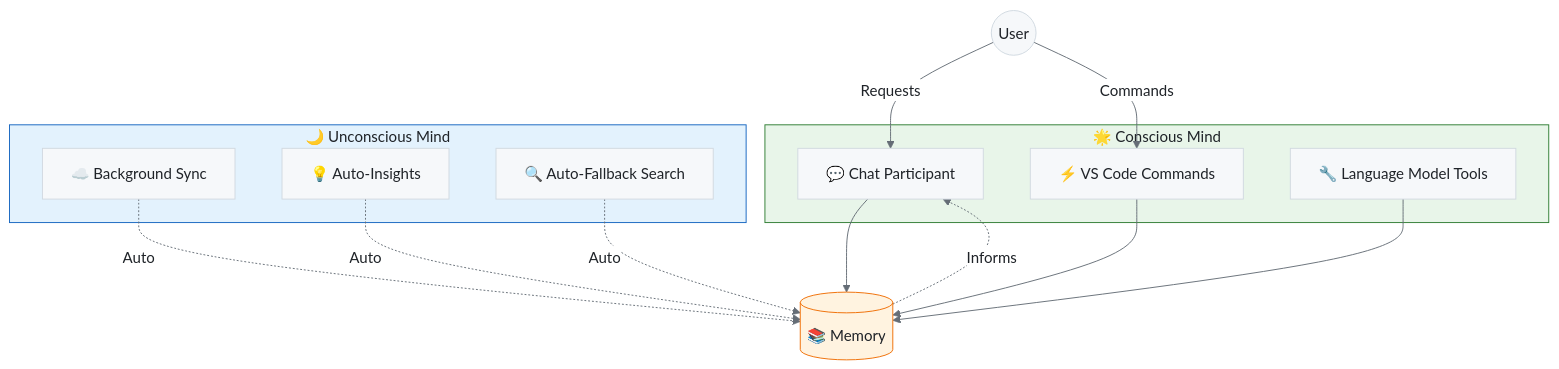
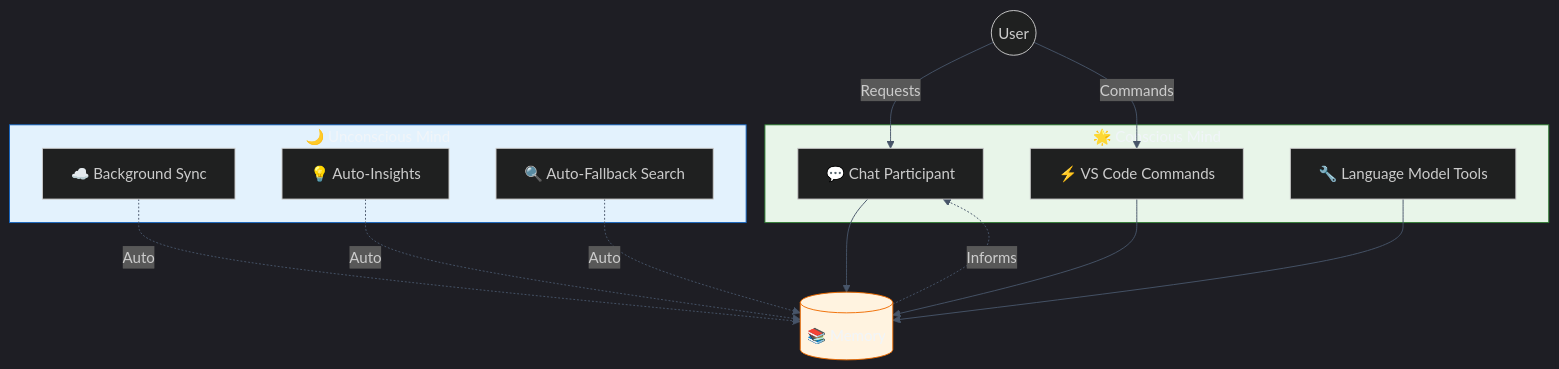
One commit to fabioc-aloha/Alex_Plug_In changed the first of 7 diagrams in alex_docs/architecture/COGNITIVE-ARCHITECTURE.md. Above: the diagram before and after it, drawn with Mermaid. The commit also changed other lines of this file and 13 other files, not shown here.

Commit message:
brand(M4.8-4.10): mermaid theme snippet + inject CorreaX theme into arch diagrams + standardize badge colors

````diff
--- a/alex_docs/architecture/COGNITIVE-ARCHITECTURE.md
+++ b/alex_docs/architecture/COGNITIVE-ARCHITECTURE.md
@@ -17,36 +17,36 @@
 ```mermaid
-%%{init: {'theme': 'base', 'themeVariables': { 'primaryColor': '#f6f8fa', 'primaryTextColor': '#1f2328', 'primaryBorderColor': '#d1d9e0', 'lineColor': '#656d76', 'secondaryColor': '#f6f8fa', 'tertiaryColor': '#ffffff', 'background': '#ffffff', 'mainBkg': '#f6f8fa', 'nodeBorder': '#d1d9e0', 'clusterBkg': '#f6f8fa', 'clusterBorder': '#d1d9e0', 'titleColor': '#1f2328', 'edgeLabelBackground': '#ffffff'}}}%%
+%%{init: {'theme': 'dark', 'themeVariables': {'background': '#0f172a', 'primaryColor': '#1e293b', 'primaryTextColor': '#f1f5f9', 'primaryBorderColor': '#818cf8', 'lineColor': '#475569', 'secondaryColor': '#1e293b', 'secondaryBorderColor': '#2dd4bf', 'tertiaryColor': '#1e293b', 'fontFamily': 'Segoe UI, system-ui, sans-serif'}}}%%
 flowchart TB
     U((User))
 
     subgraph CONSCIOUS["🌟 Conscious Mind"]
         CP["💬 Chat Participant"]
         SC["⚡ VS Code Commands"]
         LMT["🔧 Language Model Tools"]
     end
 
     subgraph UNCONSCIOUS["🌙 Unconscious Mind"]
         BGS["☁️ Background Sync"]
         AID["💡 Auto-Insights"]
         AFS["🔍 Auto-Fallback Search"]
     end
 
     MEM[("📚 Memory")]
 
     U -->|Requests| CP
     U -->|Commands| SC
 
     CP --> MEM
     SC --> MEM
     LMT --> MEM
 
     BGS -.->|Auto| MEM
     AID -.->|Auto| MEM
     AFS -.->|Auto| MEM
 
     MEM -.->|Informs| CP
 
-    style CONSCIOUS fill:#e8f5e9,stroke:#2e7d32,color:#1f2328
-    style UNCONSCIOUS fill:#e3f2fd,stroke:#1565c0,color:#1f2328
-    style MEM fill:#fff3e0,stroke:#ef6c00,color:#1f2328
+    style CONSCIOUS fill:#e8f5e9,stroke:#2e7d32,color:#f1f5f9
+    style UNCONSCIOUS fill:#e3f2fd,stroke:#1565c0,color:#f1f5f9
+    style MEM fill:#fff3e0,stroke:#ef6c00,color:#f1f5f9
 ```
````
